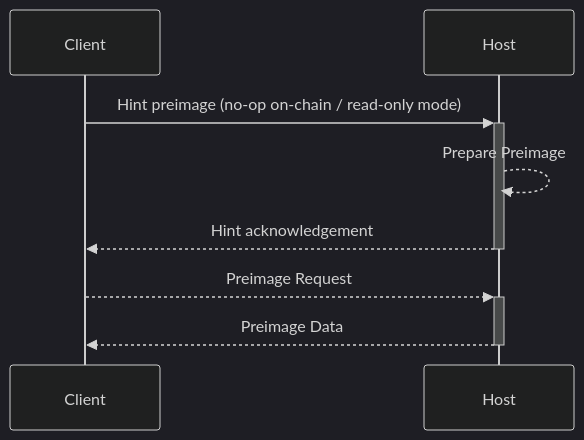
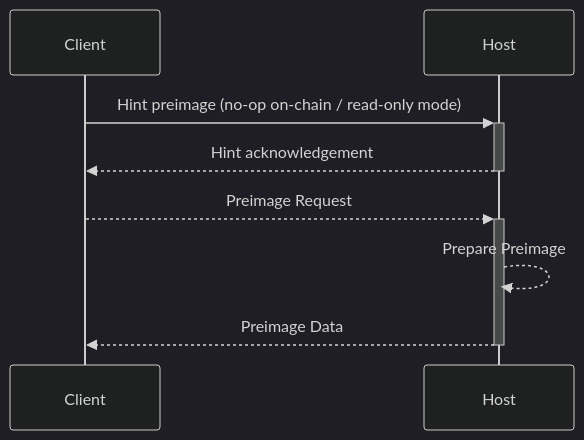
Before and after one commit to aPTRDgvm5ui3dkEtFYWc/kona: the diagram in book/src/fpp-dev/env.md, drawn with Mermaid (dark theme). The commit also changed other lines of this file and 13 other files, not shown here.

````diff
--- a/book/src/fpp-dev/env.md
+++ b/book/src/fpp-dev/env.md
@@ -28,8 +28,8 @@
 ```mermaid
 sequenceDiagram
     Client->>+Host: Hint preimage (no-op on-chain / read-only mode)
-    Host-->>Host: Prepare Preimage
     Host-->>-Client: Hint acknowledgement
     Client-->>+Host: Preimage Request
+    Host-->>Host: Prepare Preimage
     Host-->>-Client: Preimage Data
 ```
````
